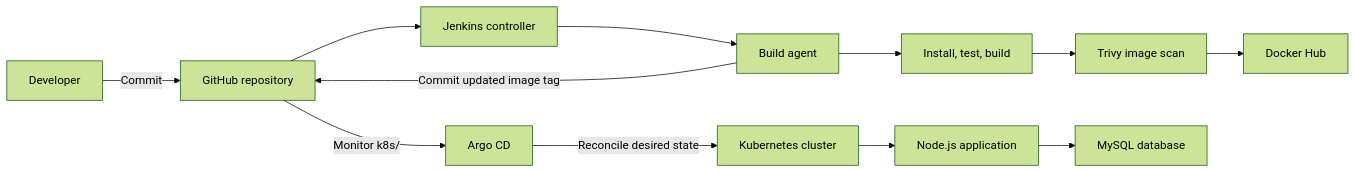
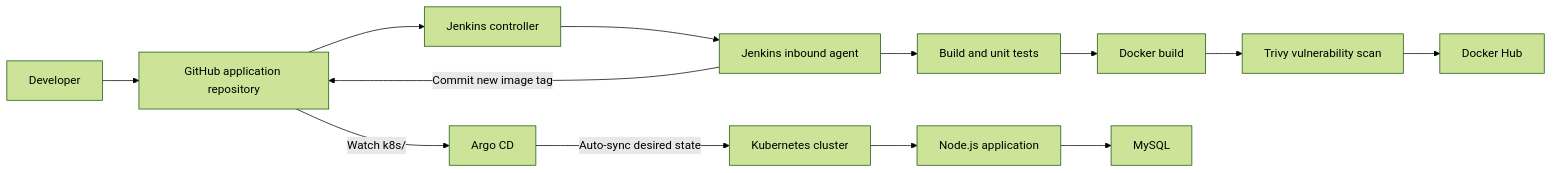
One commit to Maielshazlyy/Full-CI-CD-with-GitOps-project changed the diagram in README.md. Above: the diagram before and after it, drawn with Mermaid (forest theme). The commit also changed other lines of this file and 4 other files, not shown here.

Commit message:
Improve GitOps project documentation and architecture

````diff
--- a/README.md
+++ b/README.md
@@ -11,14 +16,15 @@
 ```mermaid
 flowchart LR
-    Dev[Developer] -->|Commit| Git[GitHub repository]
+    Dev[Developer] --> Git[GitHub application repository]
     Git --> Jenkins[Jenkins controller]
-    Jenkins --> Agent[Build agent]
-    Agent --> Test[Install, test, build]
-    Test --> Scan[Trivy image scan]
-    Scan --> Registry[Docker Hub]
-    Agent -->|Commit updated image tag| Git
-    Git -->|Monitor k8s/| Argo[Argo CD]
-    Argo -->|Reconcile desired state| K8s[Kubernetes cluster]
+    Jenkins --> Agent[Jenkins inbound agent]
+    Agent --> Test[Build and unit tests]
+    Test --> Image[Docker build]
+    Image --> Scan[Trivy vulnerability scan]
+    Scan --> Hub[Docker Hub]
+    Agent -->|Commit new image tag| Git
+    Git -->|Watch k8s/| Argo[Argo CD]
+    Argo -->|Auto-sync desired state| K8s[Kubernetes cluster]
     K8s --> App[Node.js application]
-    App --> DB[MySQL database]
+    App --> DB[MySQL]
 ```
````
